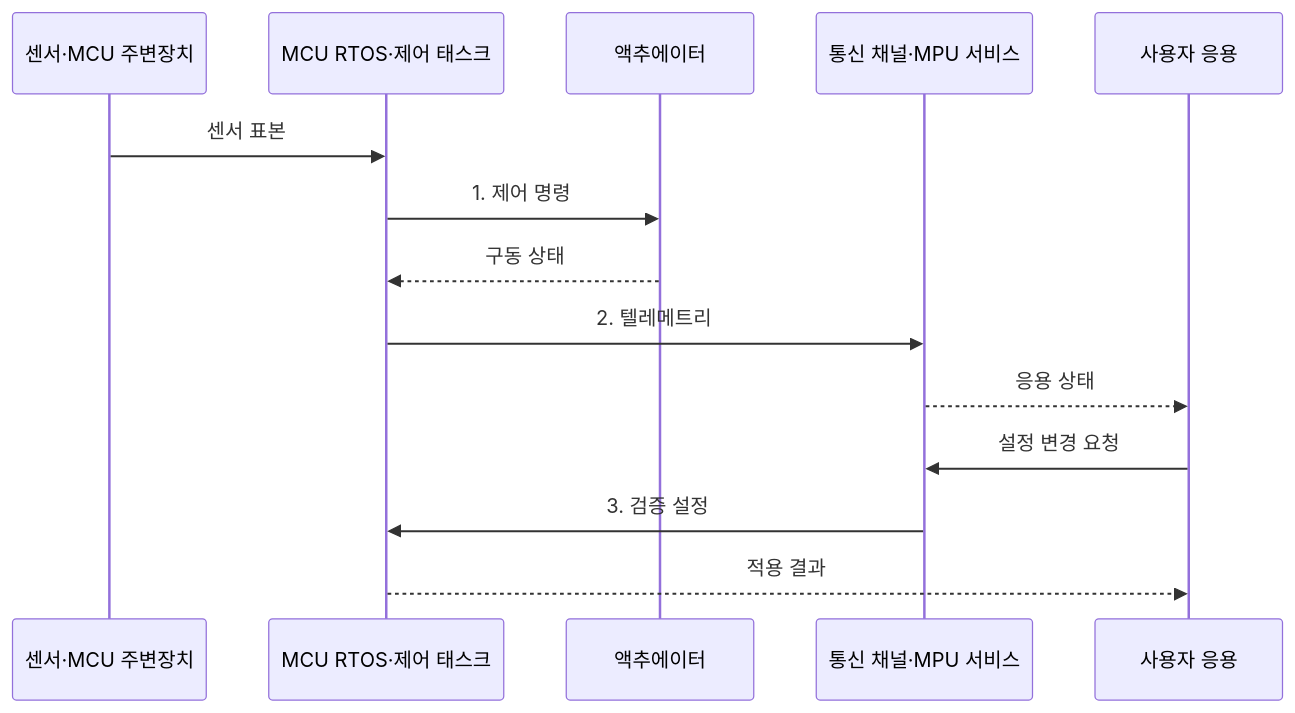
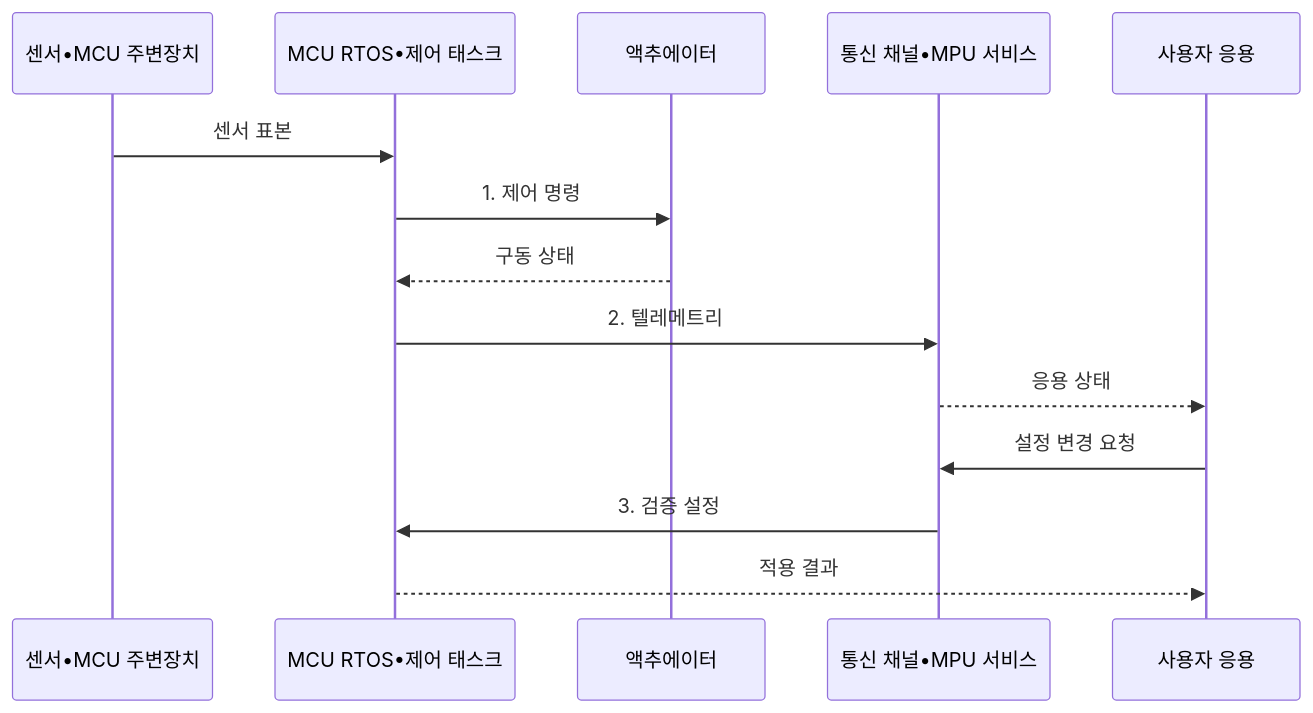
Before and after one commit to agnusdei1207/knowledge-base: the second of 2 diagrams in src/content/docs/notes/02-hardware/083_microcontroller_vs_microprocessor.md, drawn with Mermaid. The commit also changed other lines of this file and 953 other files, not shown here.

````diff
--- a/src/content/docs/notes/02-hardware/083_microcontroller_vs_microprocessor.md
+++ b/src/content/docs/notes/02-hardware/083_microcontroller_vs_microprocessor.md
@@ -95,17 +95,17 @@
 ```mermaid
 sequenceDiagram
-    participant P as 센서·MCU 주변장치
-    participant R as MCU RTOS·제어 태스크
+    participant P as 센서•MCU 주변장치
+    participant R as MCU RTOS•제어 태스크
     participant A as 액추에이터
-    participant M as 통신 채널·MPU 서비스
+    participant M as 통신 채널•MPU 서비스
     participant U as 사용자 응용
 
     P->>R: 센서 표본
     R->>A: 1. 제어 명령
     A-->>R: 구동 상태
     R->>M: 2. 텔레메트리
     M-->>U: 응용 상태
     U->>M: 설정 변경 요청
     M->>R: 3. 검증 설정
     R-->>U: 적용 결과
 ```
````
